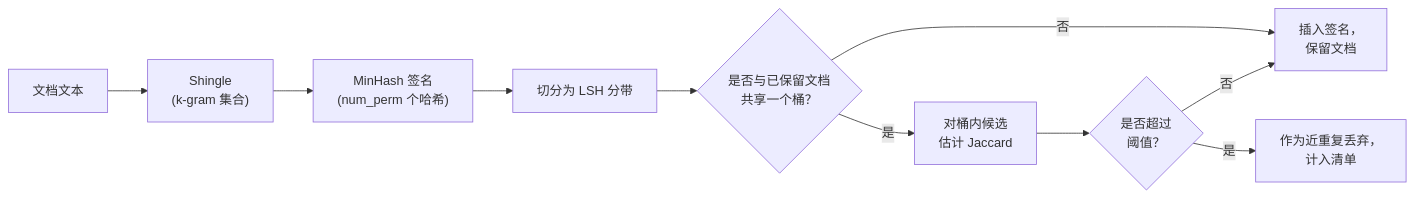
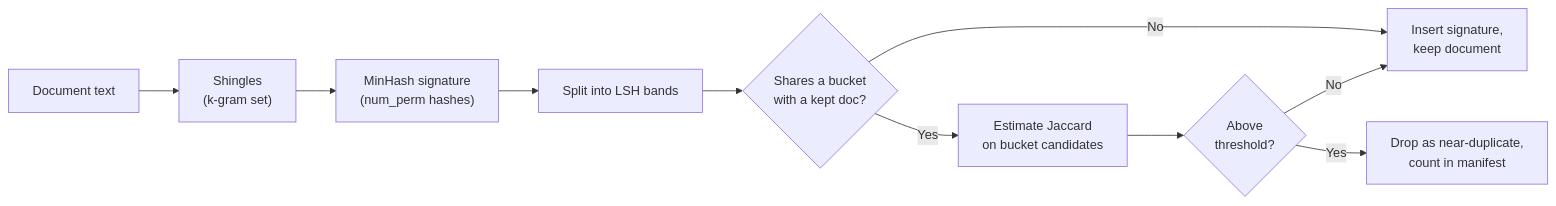
One commit to latere-ai/ai-as-an-infrastructure changed the second of 3 diagrams in zh/p1-foundations/04-data-curation.qmd. Above: the diagram before and after it, drawn with Mermaid. The commit also changed other lines of this file and 106 other files, not shown here.

````diff
--- a/zh/p1-foundations/04-data-curation.qmd
+++ b/zh/p1-foundations/04-data-curation.qmd
@@ -112,14 +80,14 @@
 ```{mermaid}
 %%| label: fig-data-curation-minhash
 %%| fig-cap: "在语料规模上用 MinHash 配合 LSH 做模糊去重。只有共享同一 LSH 桶的文档才会被比较，因此代价是次平方而非全配对。据 Broder (1997) 与 Lee et al. (2022)。"
 flowchart LR
-  A["文档文本"] --> B["Shingle<br/>(k-gram 集合)"]
-  B --> C["MinHash 签名<br/>(num_perm 个哈希)"]
-  C --> D["切分为 LSH 分带"]
-  D --> E{"是否与已保留文档<br/>共享一个桶？"}
-  E -->|否| F["插入签名，<br/>保留文档"]
-  E -->|是| G["对桶内候选<br/>估计 Jaccard"]
-  G --> H{"是否超过<br/>阈值？"}
-  H -->|否| F
-  H -->|是| I["作为近重复丢弃，<br/>计入清单"]
+  A["Document text"] --> B["Shingles<br/>(k-gram set)"]
+  B --> C["MinHash signature<br/>(num_perm hashes)"]
+  C --> D["Split into LSH bands"]
+  D --> E{"Shares a bucket<br/>with a kept doc?"}
+  E -->|No| F["Insert signature,<br/>keep document"]
+  E -->|Yes| G["Estimate Jaccard<br/>on bucket candidates"]
+  G --> H{"Above<br/>threshold?"}
+  H -->|No| F
+  H -->|Yes| I["Drop as near-duplicate,<br/>count in manifest"]
 ```
````
